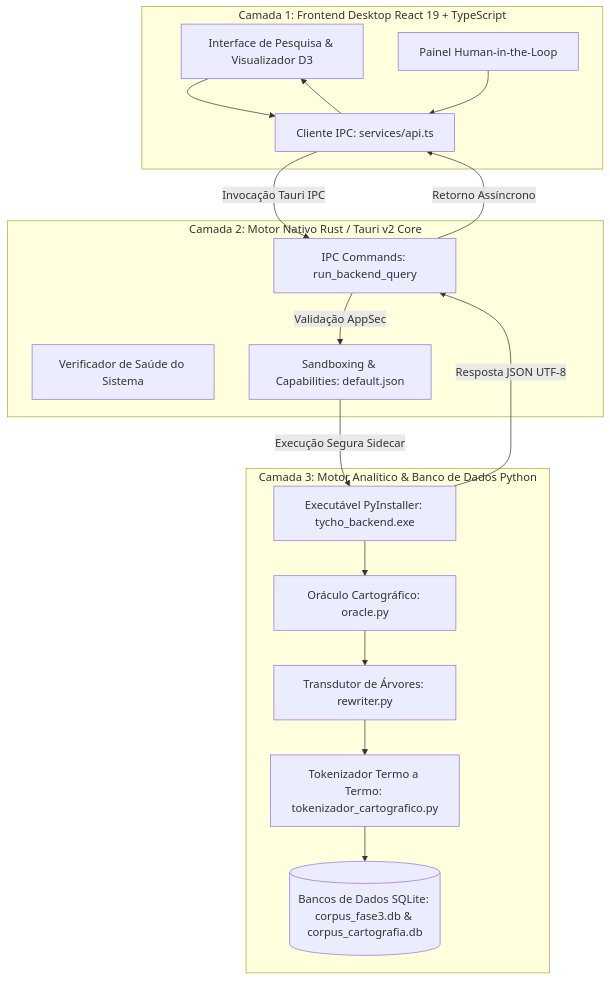
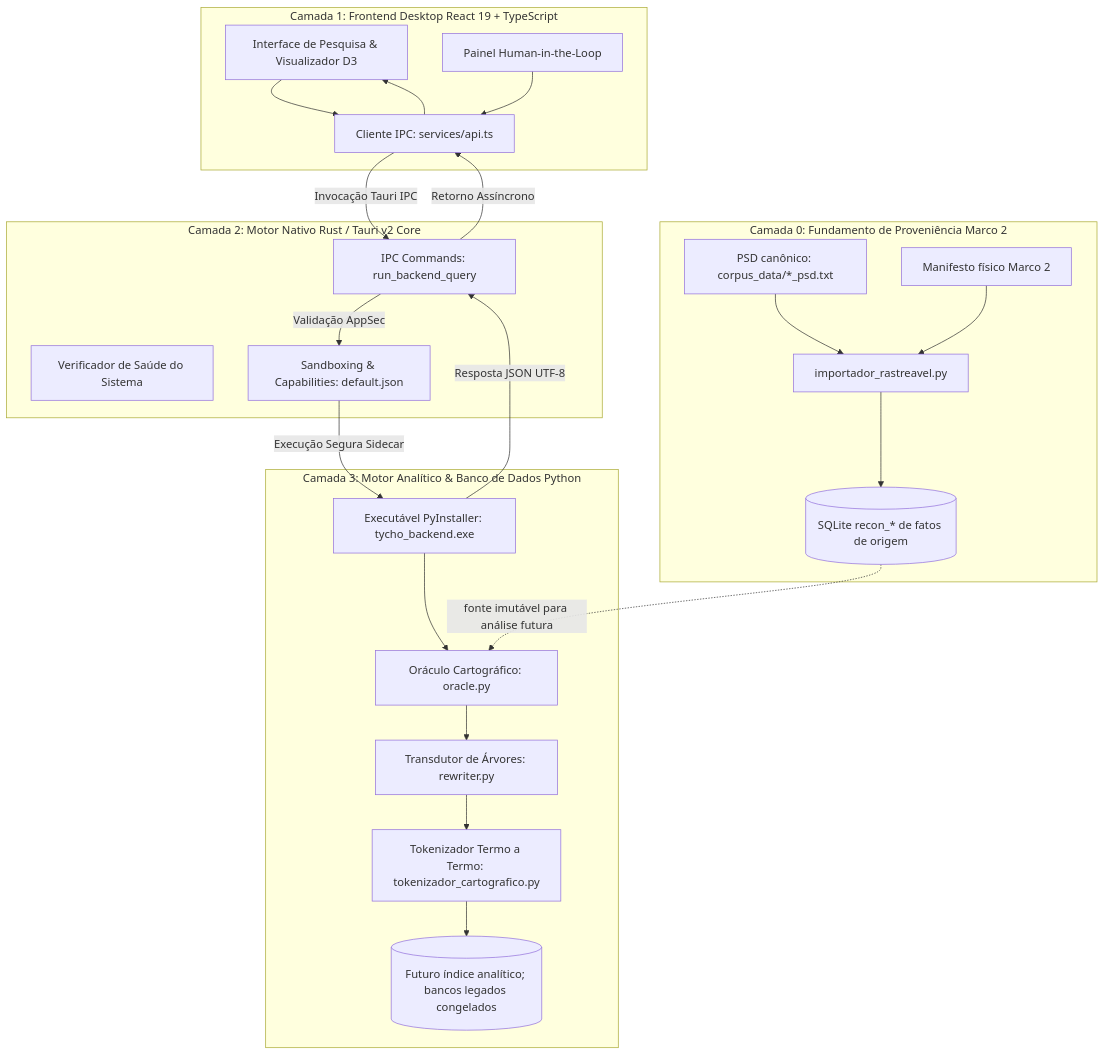
One commit to blightghp/tycho-brahe-corpus-search changed the diagram in docs/ARQUITETURA_DO_SISTEMA.md. Above: the diagram before and after it, drawn with Mermaid. The commit also changed other lines of this file and 9 other files, not shown here.

````diff
--- a/docs/ARQUITETURA_DO_SISTEMA.md
+++ b/docs/ARQUITETURA_DO_SISTEMA.md
@@ -16,35 +18,46 @@
 ```mermaid
 graph TD
+    subgraph DataFoundation [Camada 0: Fundamento de Proveniência Marco 2]
+        PSD[PSD canônico: corpus_data/*_psd.txt]
+        Manifest[Manifesto físico Marco 2]
+        Importer[importador_rastreavel.py]
+        Recon[(SQLite recon_* de fatos de origem)]
+    end
+
     subgraph Frontend [Camada 1: Frontend Desktop React 19 + TypeScript]
         UI[Interface de Pesquisa & Visualizador D3]
         HitL[Painel Human-in-the-Loop]
         API[Cliente IPC: services/api.ts]
     end
 
     subgraph RustCore [Camada 2: Motor Nativo Rust / Tauri v2 Core]
         Handler[IPC Commands: run_backend_query]
         Health[Verificador de Saúde do Sistema]
         Sandbox[Sandboxing & Capabilities: default.json]
     end
 
     subgraph PythonBackend [Camada 3: Motor Analítico & Banco de Dados Python]
         Sidecar[Executável PyInstaller: tycho_backend.exe]
         Oracle[Oráculo Cartográfico: oracle.py]
         Rewriter[Transdutor de Árvores: rewriter.py]
         Tokenizer[Tokenizador Termo a Termo: tokenizador_cartografico.py]
-        DB[(Bancos de Dados SQLite: corpus_fase3.db & corpus_cartografia.db)]
+        DB[(Futuro índice analítico; bancos legados congelados)]
     end
 
+    PSD --> Importer
+    Manifest --> Importer
+    Importer --> Recon
     UI --> API
     HitL --> API
     API -- Invocação Tauri IPC --> Handler
     Handler -- Validação AppSec --> Sandbox
     Sandbox -- Execução Segura Sidecar --> Sidecar
     Sidecar --> Oracle
     Oracle --> Rewriter
     Rewriter --> Tokenizer
     Tokenizer --> DB
+    Recon -. fonte imutável para análise futura .-> Oracle
     Sidecar -- Resposta JSON UTF-8 --> Handler
     Handler -- Retorno Assíncrono --> API
     API --> UI
 ```
````
